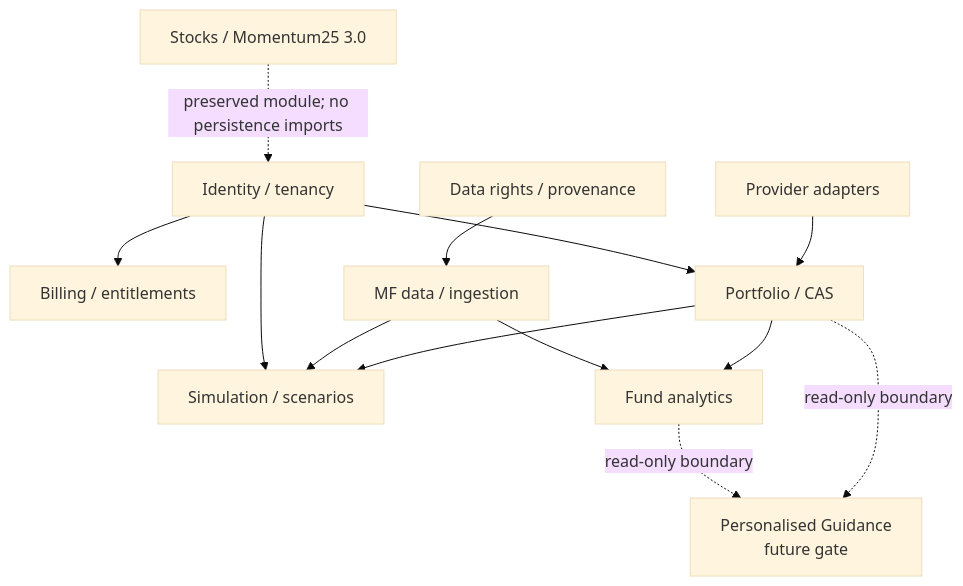
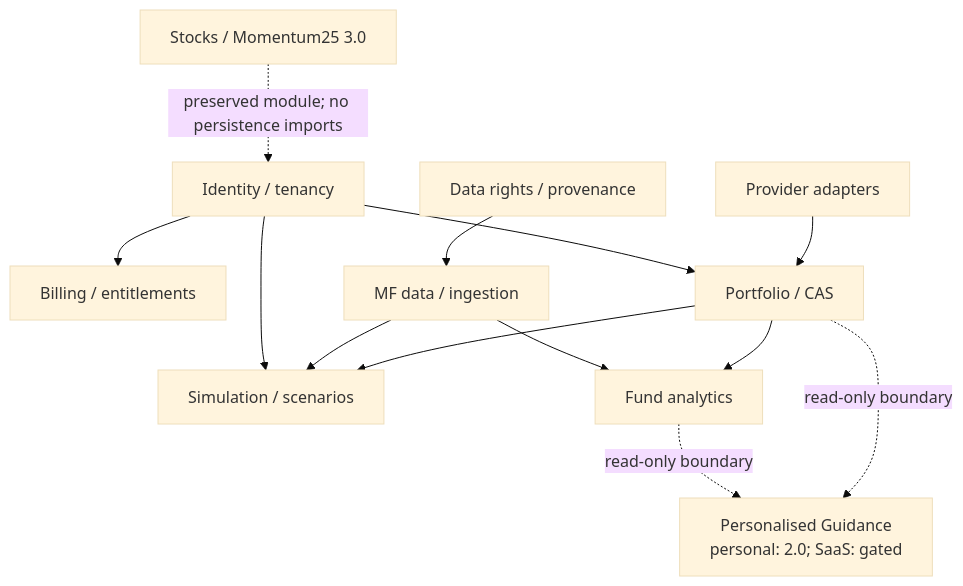
Before and after one commit to varun-uec/StocksMomentum: the fourth of 4 diagrams in docs/architecture/ADD-amendment-A3.md, drawn with Mermaid (base theme). The commit also changed other lines of this file and 14 other files, not shown here.

````diff
--- a/docs/architecture/ADD-amendment-A3.md
+++ b/docs/architecture/ADD-amendment-A3.md
@@ -156,15 +158,15 @@
 ```mermaid
 flowchart TB
   Identity["Identity / tenancy"] --> Billing["Billing / entitlements"]
   Identity --> Portfolio["Portfolio / CAS"]
   Identity --> Scenarios["Simulation / scenarios"]
   Rights["Data rights / provenance"] --> MF["MF data / ingestion"]
   MF --> Analytics["Fund analytics"]
   MF --> Scenarios
   Portfolio --> Analytics
   Portfolio --> Scenarios
   Providers["Provider adapters"] --> Portfolio
-  Analytics -. read-only boundary .-> Guidance["Personalised Guidance<br/>future gate"]
+  Analytics -. read-only boundary .-> Guidance["Personalised Guidance<br/>personal: 2.0; SaaS: gated"]
   Portfolio -. read-only boundary .-> Guidance
   Stocks["Stocks / Momentum25 3.0"] -. preserved module; no persistence imports .-> Identity
 ```
````
